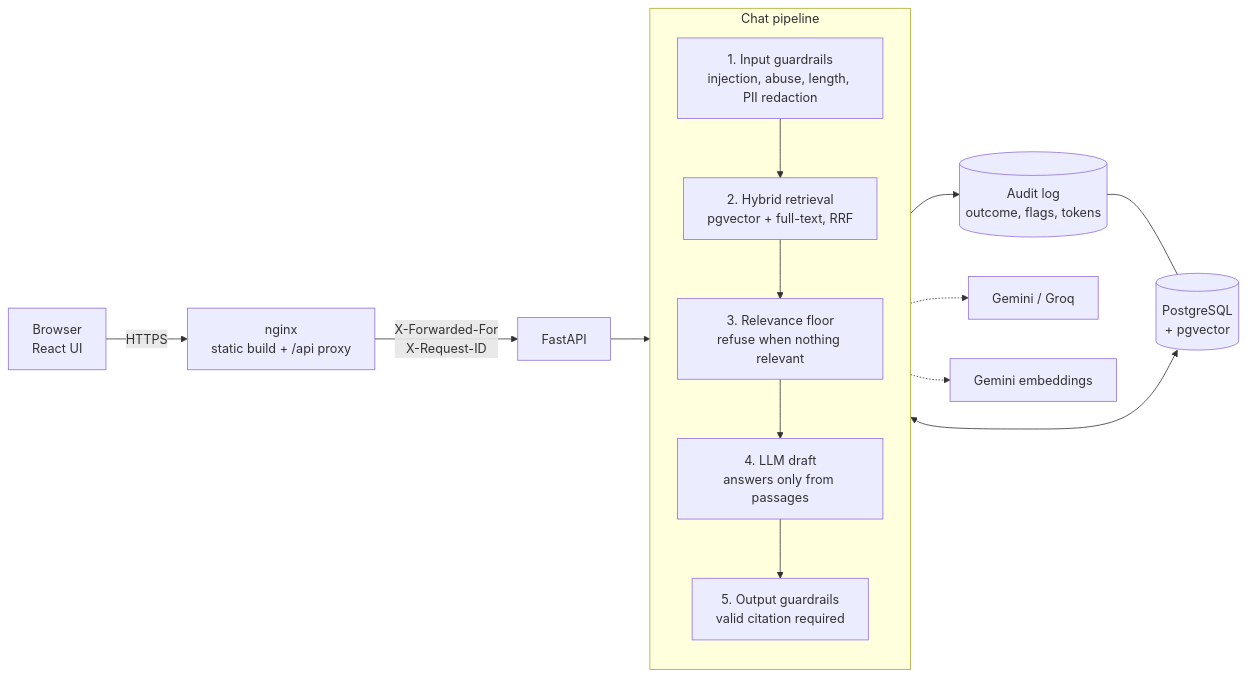
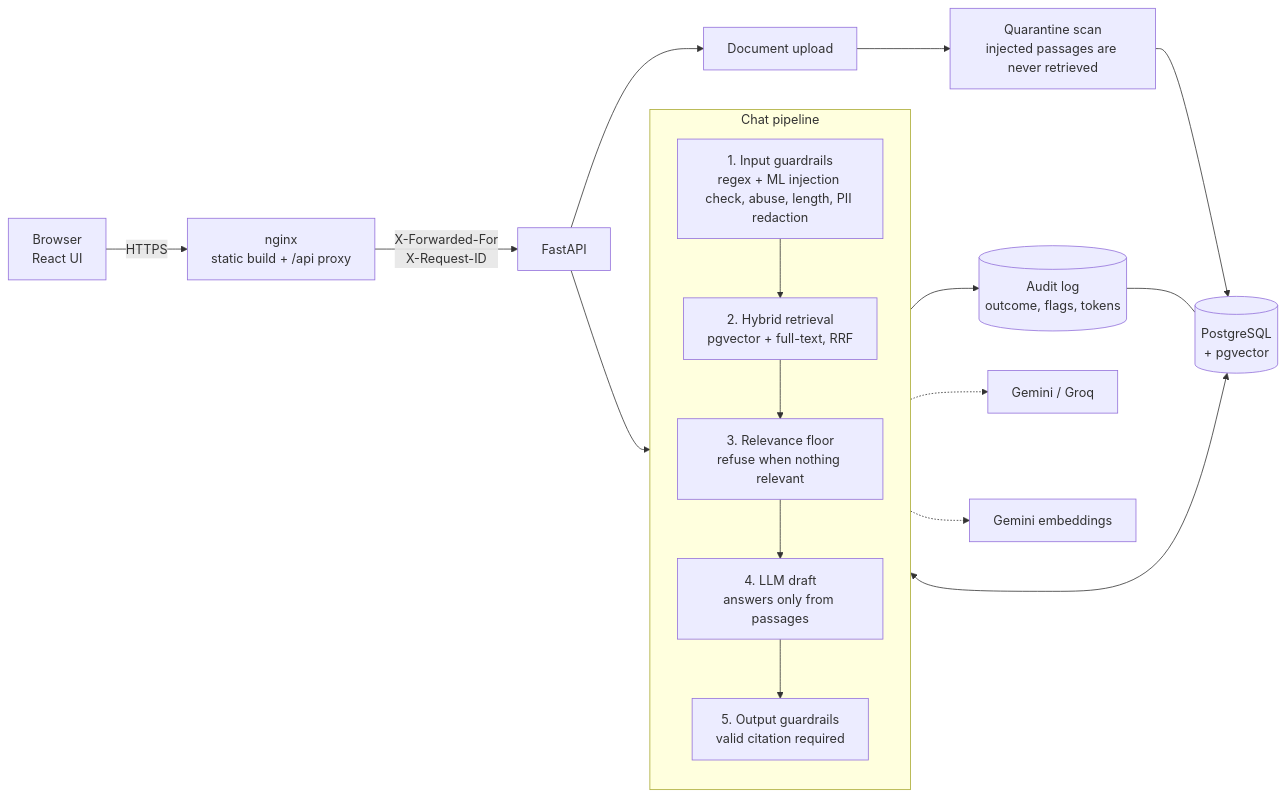
Before and after one commit to chethangowda-web/citewise: the diagram in README.md, drawn with Mermaid. The commit also changed other lines of this file and 73 other files, not shown here.

First line of the commit message:
Phase 7: retrieval lab, ML prompt-injection guard, upload quarantine, document delete

````diff
--- a/README.md
+++ b/README.md
@@ -35,20 +36,22 @@
 ```mermaid
 flowchart LR
     U[Browser<br/>React UI] -->|HTTPS| N[nginx<br/>static build + /api proxy]
     N -->|X-Forwarded-For<br/>X-Request-ID| A[FastAPI]
 
     subgraph pipeline [Chat pipeline]
         direction TB
-        G1[1. Input guardrails<br/>injection, abuse, length, PII redaction] --> R[2. Hybrid retrieval<br/>pgvector + full-text, RRF]
+        G1[1. Input guardrails<br/>regex + ML injection check, abuse, length, PII redaction] --> R[2. Hybrid retrieval<br/>pgvector + full-text, RRF]
         R --> F[3. Relevance floor<br/>refuse when nothing relevant]
         F --> L[4. LLM draft<br/>answers only from passages]
         L --> G2[5. Output guardrails<br/>valid citation required]
     end
 
     A --> G1
+    UP[Document upload] --> SC[Quarantine scan<br/>injected passages are never retrieved] --> DB
+    A --> UP
     G2 --> AU[(Audit log<br/>outcome, flags, tokens)]
     R <--> DB[(PostgreSQL<br/>+ pgvector)]
     AU --- DB
     L -.-> LLM[Gemini / Groq]
     R -.-> E[Gemini embeddings]
 ```
````
